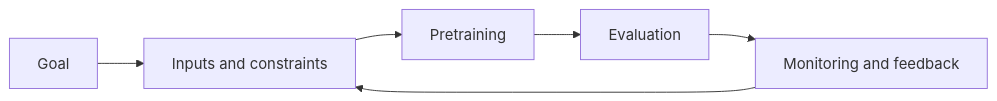
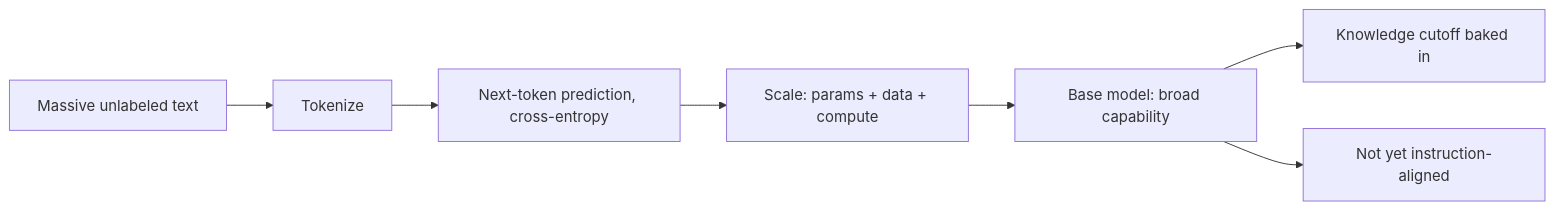
Before and after one commit to Icon1cc/Machine-Learning: the diagram in llms/04-pretraining.md, drawn with Mermaid. The commit also changed other lines of this file and 118 other files, not shown here.

````diff
--- a/llms/04-pretraining.md
+++ b/llms/04-pretraining.md
@@ -93,8 +73,9 @@
 ```mermaid
 flowchart LR
-    A[Goal] --> B[Inputs and constraints]
-    B --> C[Pretraining]
-    C --> D[Evaluation]
-    D --> E[Monitoring and feedback]
-    E --> B
+    A[Massive unlabeled text] --> B[Tokenize]
+    B --> C[Next-token prediction, cross-entropy]
+    C --> D[Scale: params + data + compute]
+    D --> E[Base model: broad capability]
+    E --> F[Knowledge cutoff baked in]
+    E --> G[Not yet instruction-aligned]
 ```
````
